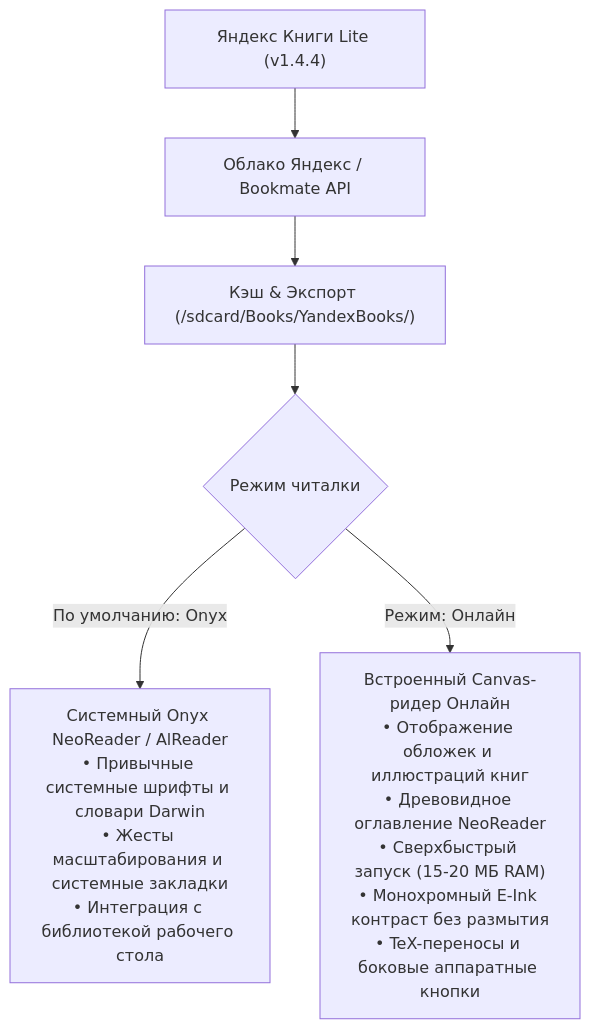
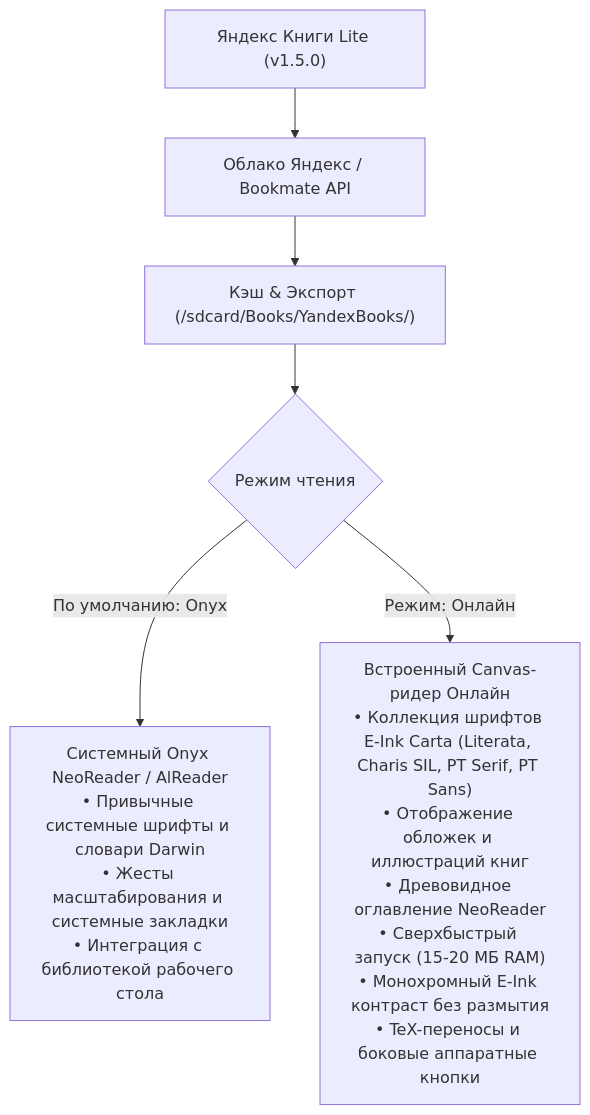
One commit to litvaerickson-spec/onyx-yandex-books changed the diagram in README.md. Above: the diagram before and after it, drawn with Mermaid. The commit also changed other lines of this file and 19 other files, not shown here.

First line of the commit message:
feat(reader): add e-ink fonts dialog and overhaul batch shelf downloader

````diff
--- a/README.md
+++ b/README.md
@@ -125,10 +130,10 @@
 ```mermaid
 flowchart TD
-    App["Яндекс Книги Lite (v1.4.4)"] --> Cloud["Облако Яндекс / Bookmate API"]
+    App["Яндекс Книги Lite (v1.5.0)"] --> Cloud["Облако Яндекс / Bookmate API"]
     Cloud --> Cache["Кэш & Экспорт (/sdcard/Books/YandexBooks/)"]
-    Cache --> ModeSelect{"Режим читалки"}
+    Cache --> ModeSelect{"Режим чтения"}
     
     ModeSelect -->|По умолчанию: Onyx| OnyxReader["Системный Onyx NeoReader / AlReader<br/>• Привычные системные шрифты и словари Darwin<br/>• Жесты масштабирования и системные закладки<br/>• Интеграция с библиотекой рабочего стола"]
     
-    ModeSelect -->|Режим: Онлайн| OnlineReader["Встроенный Canvas-ридер Онлайн<br/>• Отображение обложек и иллюстраций книг<br/>• Древовидное оглавление NeoReader<br/>• Сверхбыстрый запуск (15-20 МБ RAM)<br/>• Монохромный E-Ink контраст без размытия<br/>• TeX-переносы и боковые аппаратные кнопки"]
+    ModeSelect -->|Режим: Онлайн| OnlineReader["Встроенный Canvas-ридер Онлайн<br/>• Коллекция шрифтов E-Ink Carta (Literata, Charis SIL, PT Serif, PT Sans)<br/>• Отображение обложек и иллюстраций книг<br/>• Древовидное оглавление NeoReader<br/>• Сверхбыстрый запуск (15-20 МБ RAM)<br/>• Монохромный E-Ink контраст без размытия<br/>• TeX-переносы и боковые аппаратные кнопки"]
 ```
````
